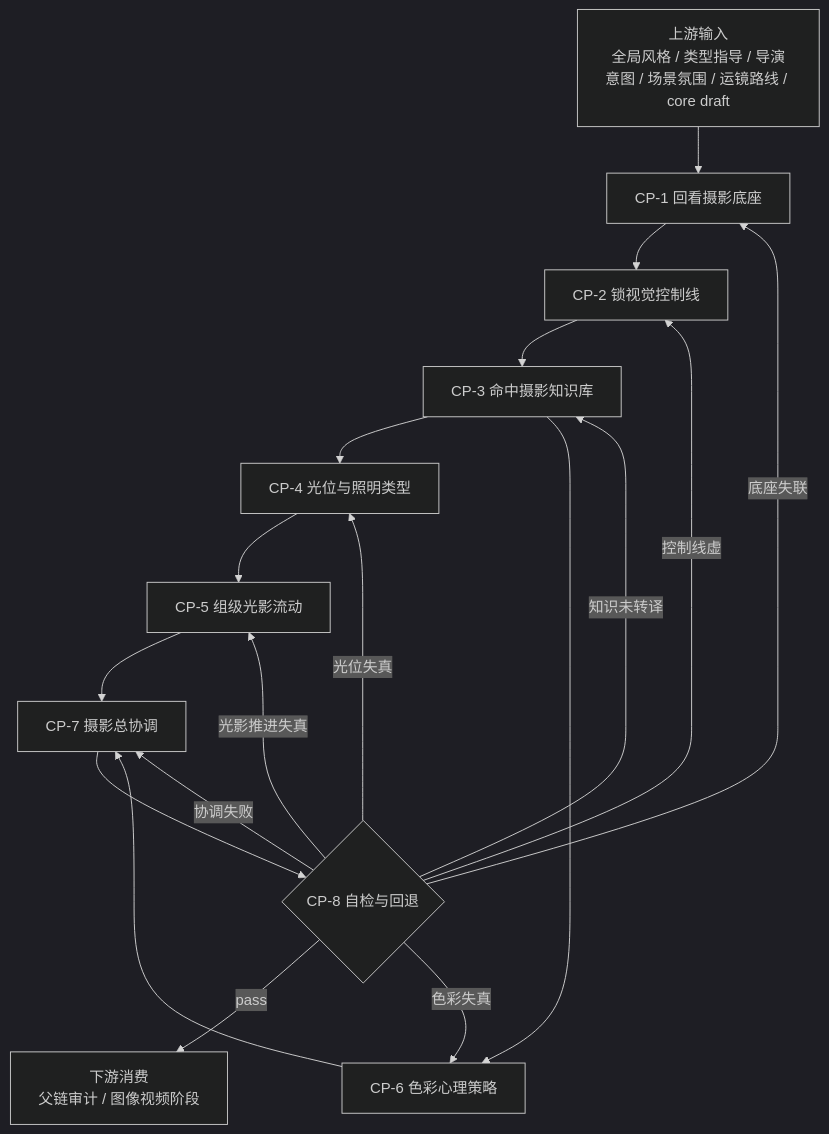
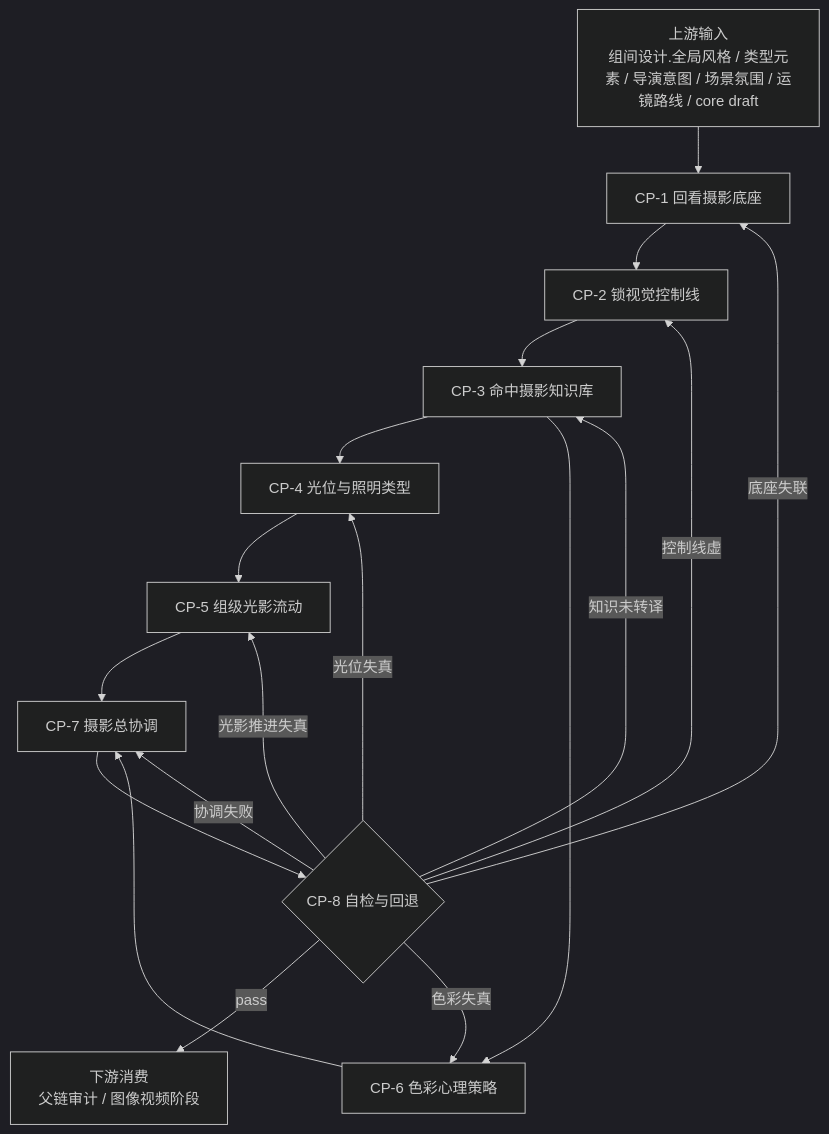
Before and after one commit to ZEN-VOID/AI-CUT: the diagram in .agents/skills/aigc/3-Detail/references/摄影美学.md, drawn with Mermaid (dark theme). The commit also changed other lines of this file and 259 other files, not shown here.

````diff
--- a/.agents/skills/aigc/3-Detail/references/摄影美学.md
+++ b/.agents/skills/aigc/3-Detail/references/摄影美学.md
@@ -75,20 +75,20 @@
 ```mermaid
 flowchart TD
-    U["上游输入<br/>全局风格 / 类型指导 / 导演意图 / 场景氛围 / 运镜路线 / core draft"] --> CP1["CP-1 回看摄影底座"]
+    U["上游输入<br/>组间设计.全局风格 / 类型元素 / 导演意图 / 场景氛围 / 运镜路线 / core draft"] --> CP1["CP-1 回看摄影底座"]
     CP1 --> CP2["CP-2 锁视觉控制线"]
     CP2 --> CP3["CP-3 命中摄影知识库"]
     CP3 --> CP4["CP-4 光位与照明类型"]
     CP3 --> CP6["CP-6 色彩心理策略"]
     CP4 --> CP5["CP-5 组级光影流动"]
     CP5 --> CP7["CP-7 摄影总协调"]
     CP6 --> CP7
     CP7 --> CP8{"CP-8 自检与回退"}
     CP8 -- "pass" --> OUT["下游消费<br/>父链审计 / 图像视频阶段"]
     CP8 -- "底座失联" --> CP1
     CP8 -- "控制线虚" --> CP2
     CP8 -- "知识未转译" --> CP3
     CP8 -- "光位失真" --> CP4
     CP8 -- "光影推进失真" --> CP5
     CP8 -- "色彩失真" --> CP6
     CP8 -- "协调失败" --> CP7
 ```
````
